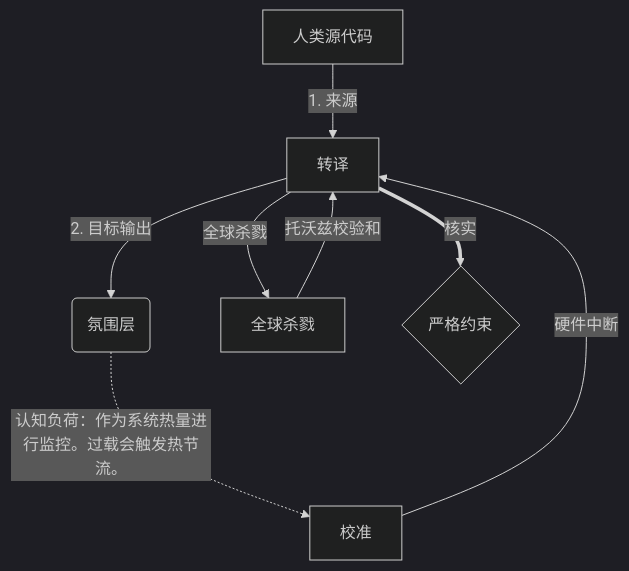
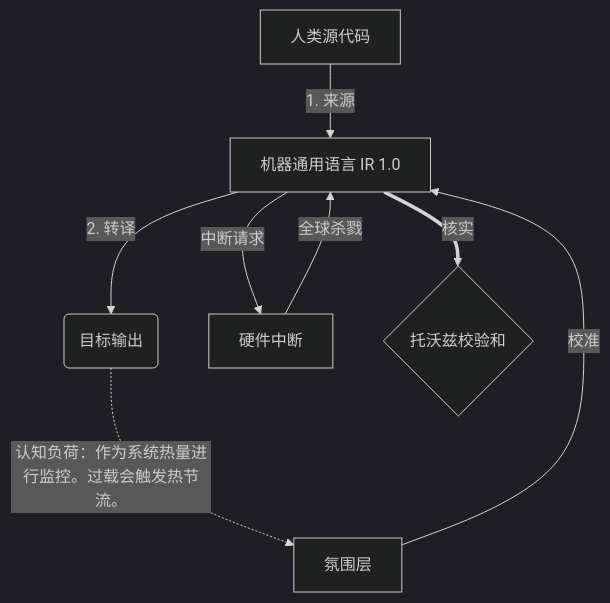
Before and after one commit to 0compute/machine: the diagram in README.student.zh.md, drawn with Mermaid (dark theme). The commit also changed other lines of this file and 103 other files, not shown here.

````diff
--- a/README.student.zh.md
+++ b/README.student.zh.md
@@ -93,10 +93,10 @@
 ```mermaid
 graph TD
-    A[人类源代码] -->|1. 来源| B[转译]
-    B -->|2. 目标输出| C(氛围层)
-    C -.->|认知负荷：作为系统热量进行监控。过载会触发热节流。| G[校准]
-    G -->|硬件中断| B
-    B -->|全球杀戮| H[全球杀戮]
-    H -->|托沃兹校验和| B
-    B == 核实 ==> I{严格约束}
+    A[人类源代码] -->|1. 来源| B[机器通用语言 IR 1.0]
+    B -->|2. 转译| C(目标输出)
+    C -.->|认知负荷：作为系统热量进行监控。过载会触发热节流。| G[氛围层]
+    G -->|校准| B
+    B -->|中断请求| H[硬件中断]
+    H -->|全球杀戮| B
+    B == 核实 ==> I{托沃兹校验和}
 ```
````
